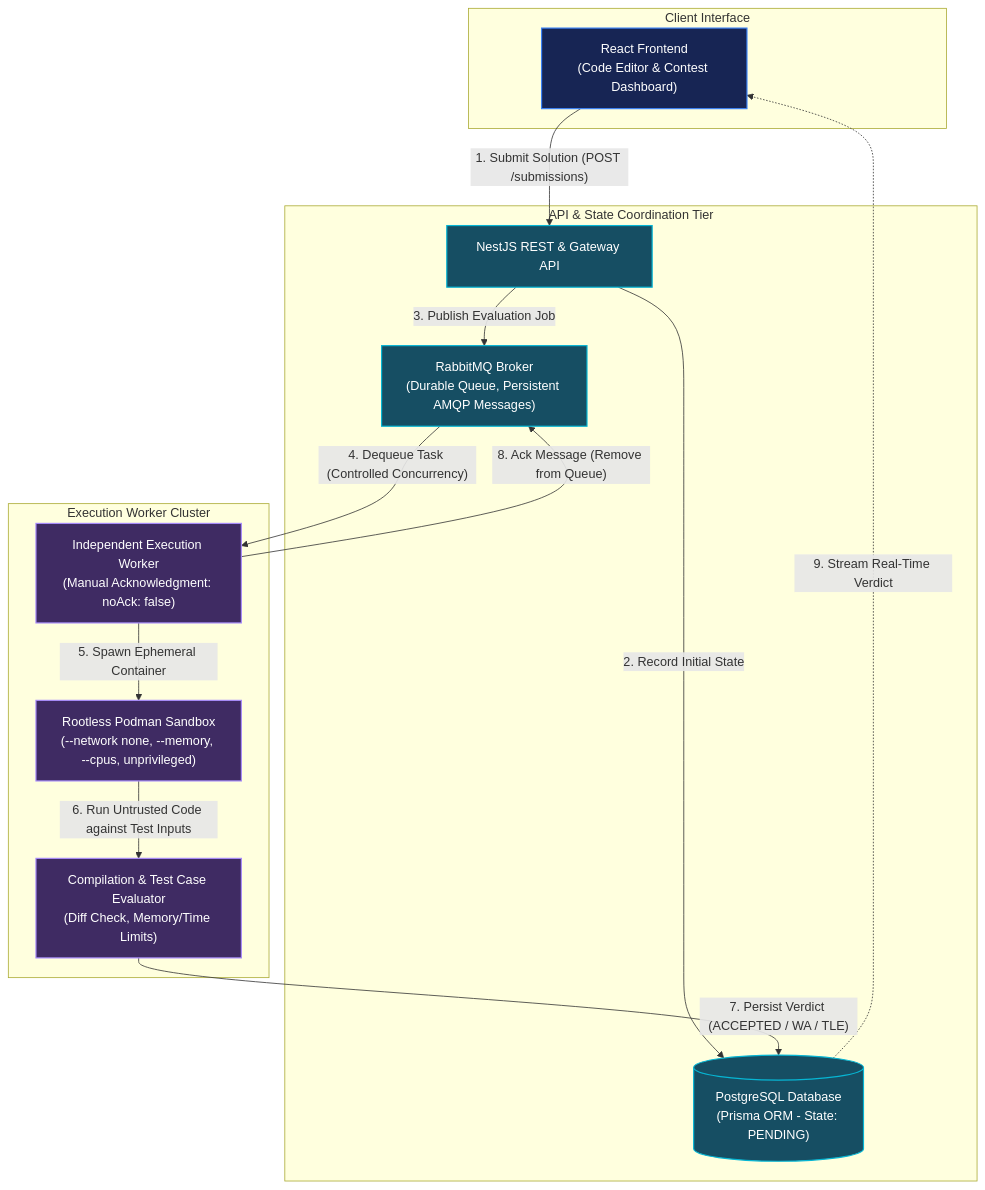
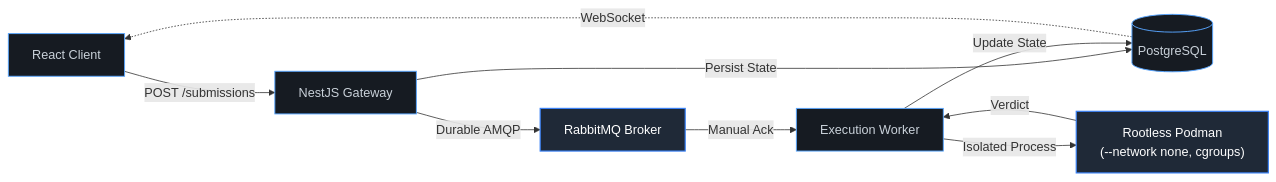
The diagram in README.md (tanmay-devx/tanmay-devx), drawn with Mermaid before and after one commit. The commit also changed other lines of this file, not shown here.

````diff
--- a/README.md
+++ b/README.md
@@ -268,36 +56,15 @@
 ```mermaid
-flowchart TD
-    subgraph Client ["Client Interface"]
-        UI["React Frontend<br/>(Code Editor & Contest Dashboard)"]
-    end
+flowchart LR
+    UI["React Client"] -->|"POST /submissions"| API["NestJS Gateway"]
+    API -->|"Persist State"| DB[("PostgreSQL")]
+    API -->|"Durable AMQP"| MQ["RabbitMQ Broker"]
+    MQ -->|"Manual Ack"| Worker["Execution Worker"]
+    Worker -->|"Isolated Process"| Sandbox["Rootless Podman<br/>(--network none, cgroups)"]
+    Sandbox -->|"Verdict"| Worker
+    Worker -->|"Update State"| DB
+    DB -.->|"WebSocket"| UI
 
-    subgraph API_Gateway ["API & State Coordination Tier"]
-        API["NestJS REST & Gateway API"]
-        DB[("PostgreSQL Database<br/>(Prisma ORM - State: PENDING)")]
-        MQ["RabbitMQ Broker<br/>(Durable Queue, Persistent AMQP Messages)"]
-    end
-
-    subgraph Worker_Cluster ["Execution Worker Cluster"]
-        Worker["Independent Execution Worker<br/>(Manual Acknowledgment: noAck: false)"]
-        Sandbox["Rootless Podman Sandbox<br/>(--network none, --memory, --cpus, unprivileged)"]
-        Judge["Compilation & Test Case Evaluator<br/>(Diff Check, Memory/Time Limits)"]
-    end
-
-    UI -->|"1. Submit Solution (POST /submissions)"| API
-    API -->|"2. Record Initial State"| DB
-    API -->|"3. Publish Evaluation Job"| MQ
-    MQ -->|"4. Dequeue Task (Controlled Concurrency)"| Worker
-    Worker -->|"5. Spawn Ephemeral Container"| Sandbox
-    Sandbox -->|"6. Run Untrusted Code against Test Inputs"| Judge
-    Judge -->|"7. Persist Verdict (ACCEPTED / WA / TLE)"| DB
-    Worker -->|"8. Ack Message (Remove from Queue)"| MQ
-    DB -.->|"9. Stream Real-Time Verdict"| UI
-
-    classDef client fill:#172554,stroke:#3B82F6,stroke-width:1.5px,color:#fff;
-    classDef gateway fill:#164E63,stroke:#06B6D4,stroke-width:1.5px,color:#fff;
-    classDef worker fill:#3F2B63,stroke:#A78BFA,stroke-width:1.5px,color:#fff;
-
-    class UI client;
-    class API,DB,MQ gateway;
-    class Worker,Sandbox,Judge worker;
+    classDef default fill:#161B22,stroke:#58A6FF,stroke-width:1.2px,color:#C9D1D9;
+    classDef highlight fill:#1F2937,stroke:#3B82F6,stroke-width:1.5px,color:#fff;
+    class MQ,Sandbox highlight;
 ```
````
